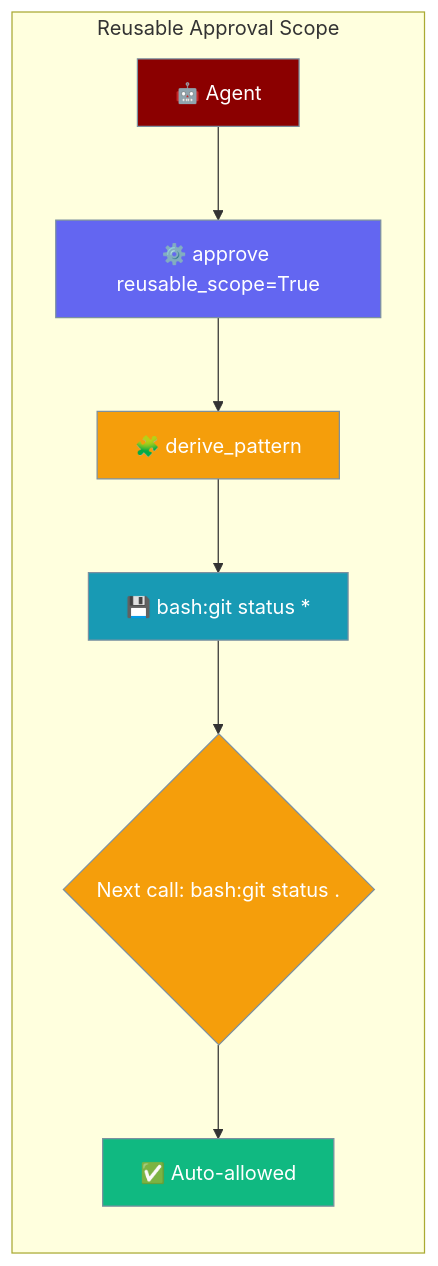
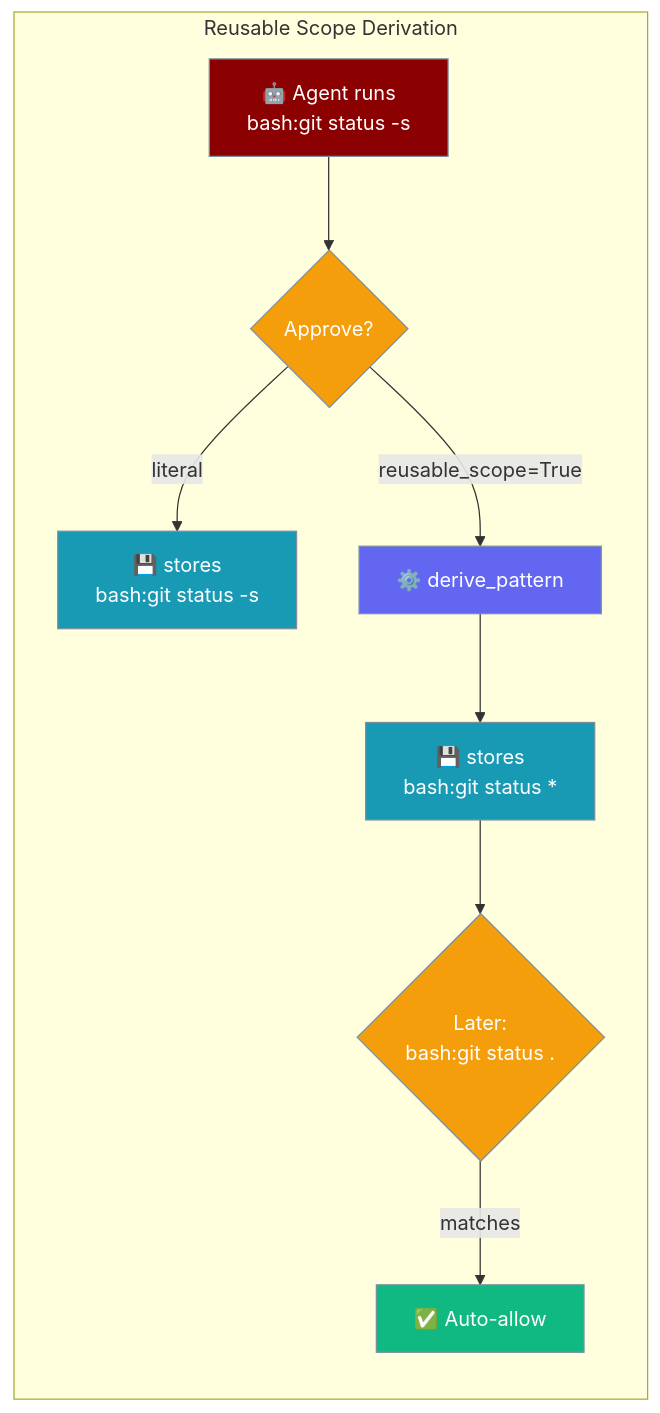
One commit to MervinPraison/PraisonAIDocs changed the first of 2 diagrams in docs/features/reusable-approval-scopes.mdx. Above: the diagram before and after it, drawn with Mermaid. The commit also changed other lines of this file and 5 other files, not shown here.

First line of the commit message:
docs: add reusable approval scopes documentation (fixes #1447)

````diff
--- a/docs/features/reusable-approval-scopes.mdx
+++ b/docs/features/reusable-approval-scopes.mdx
@@ -23,24 +23,23 @@
 ```mermaid
 graph LR
-    subgraph "Reusable Approval Scope"
-        A["🤖 Agent"] --> C["⚙️ approve reusable_scope=True"]
-        C --> D["🧩 derive_pattern"]
-        D --> P["💾 bash:git status *"]
-        P --> R{"Next call: bash:git status ."}
-        R --> OK["✅ Auto-allowed"]
+    subgraph "Reusable Scope Derivation"
+        A[🤖 Agent runs<br/>bash:git status -s] --> B{Approve?}
+        B -->|literal| L[💾 stores<br/>bash:git status -s]
+        B -->|reusable_scope=True| D[⚙️ derive_pattern]
+        D --> P[💾 stores<br/>bash:git status *]
+        P --> M{Later:<br/>bash:git status .}
+        M -->|matches| OK[✅ Auto-allow]
     end
 
     classDef agent fill:#8B0000,stroke:#7C90A0,color:#fff
-    classDef config fill:#6366F1,stroke:#7C90A0,color:#fff
-    classDef derive fill:#F59E0B,stroke:#7C90A0,color:#fff
+    classDef choice fill:#F59E0B,stroke:#7C90A0,color:#fff
     classDef store fill:#189AB4,stroke:#7C90A0,color:#fff
-    classDef check fill:#F59E0B,stroke:#7C90A0,color:#fff
+    classDef derive fill:#6366F1,stroke:#7C90A0,color:#fff
     classDef ok fill:#10B981,stroke:#7C90A0,color:#fff
 
     class A agent
-    class C config
+    class B,M choice
+    class L,P store
     class D derive
-    class P store
-    class R check
     class OK ok
 ```
````
